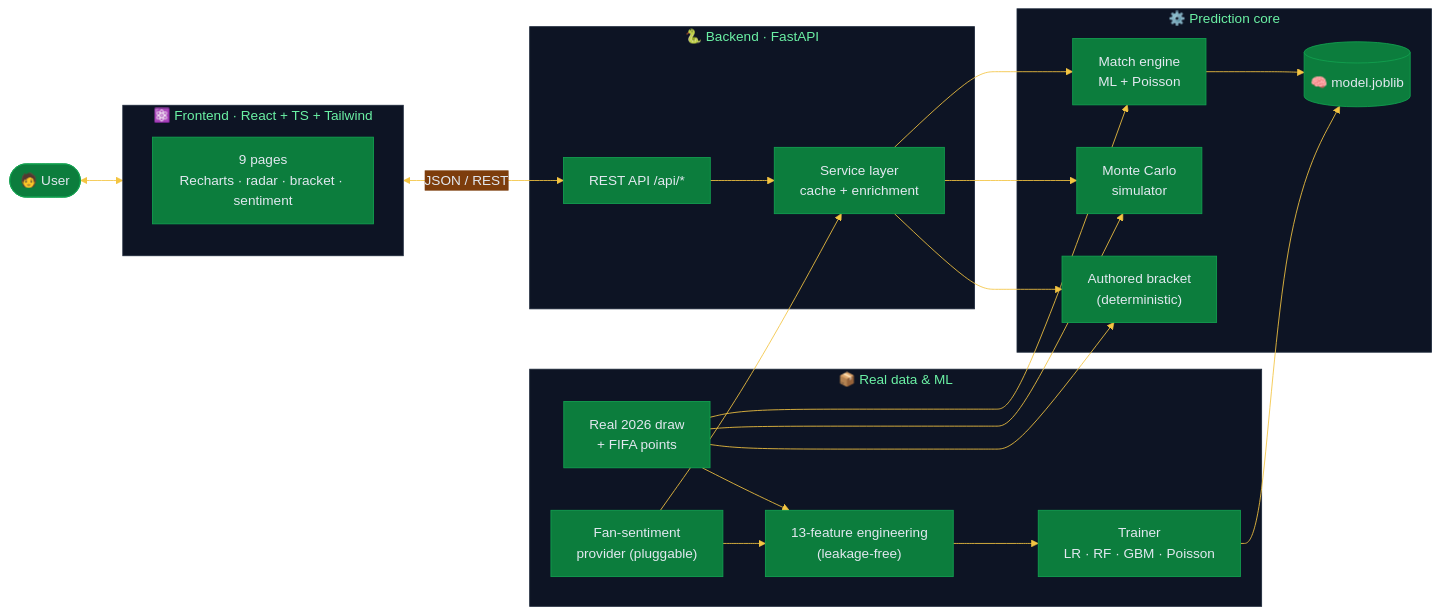
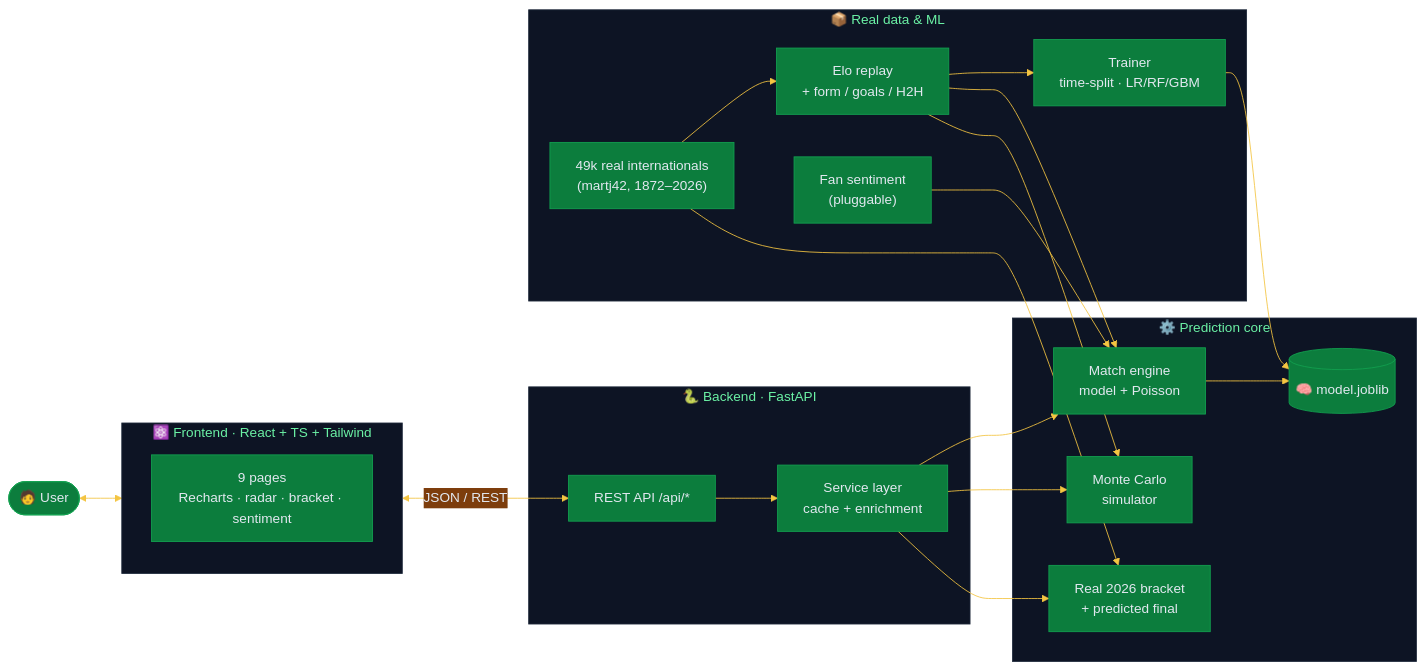
The first of 2 diagrams in README.md (shreyas463/2026-fifa-world-cup-final-predictor), drawn with Mermaid before and after one commit. The commit also changed other lines of this file and 26 other files, not shown here.

First line of the commit message:
Train on real historical matches + build bracket from real 2026 results

````diff
--- a/README.md
+++ b/README.md
@@ -68,43 +63,42 @@
 ```mermaid
 %%{init: {'theme':'base','themeVariables':{'primaryColor':'#0c7d3d','primaryTextColor':'#e2e8f0','primaryBorderColor':'#12a150','lineColor':'#f4c542','fontFamily':'Segoe UI, sans-serif','clusterBkg':'#0d1424','clusterBorder':'#1e293b'}}}%%
 flowchart LR
     User(["🧑 User"]) <--> FE
 
     subgraph FE["⚛️ Frontend · React + TS + Tailwind"]
         Pages["9 pages<br/>Recharts · radar · bracket · sentiment"]
     end
 
     FE <-->|"JSON / REST"| API
 
     subgraph BE["🐍 Backend · FastAPI"]
         API["REST API /api/*"]
         SVC["Service layer<br/>cache + enrichment"]
         API --> SVC
     end
 
     subgraph CORE["⚙️ Prediction core"]
-        MATCH["Match engine<br/>ML + Poisson"]
+        MATCH["Match engine<br/>model + Poisson"]
         SIM["Monte Carlo<br/>simulator"]
-        BRK["Authored bracket<br/>(deterministic)"]
+        BRK["Real 2026 bracket<br/>+ predicted final"]
         MODEL[("🧠 model.joblib")]
     end
 
     subgraph DATA["📦 Real data & ML"]
-        TEAMS["Real 2026 draw<br/>+ FIFA points"]
-        SENT["Fan-sentiment<br/>provider (pluggable)"]
-        FEAT["13-feature engineering<br/>(leakage-free)"]
-        TRAIN["Trainer<br/>LR · RF · GBM · Poisson"]
+        HIST["49k real internationals<br/>(martj42, 1872–2026)"]
+        ELO["Elo replay<br/>+ form / goals / H2H"]
+        SENT["Fan sentiment<br/>(pluggable)"]
+        TRAIN["Trainer<br/>time-split · LR/RF/GBM"]
     end
 
     SVC --> MATCH
     SVC --> SIM
     SVC --> BRK
     MATCH --> MODEL
     TRAIN --> MODEL
-    TEAMS --> FEAT --> TRAIN
-    SENT --> FEAT
-    SENT --> SVC
-    TEAMS --> SIM
-    TEAMS --> BRK
-    TEAMS --> MATCH
+    HIST --> ELO --> TRAIN
+    ELO --> MATCH
+    ELO --> SIM
+    HIST --> BRK
+    SENT --> MATCH
 ```
````
